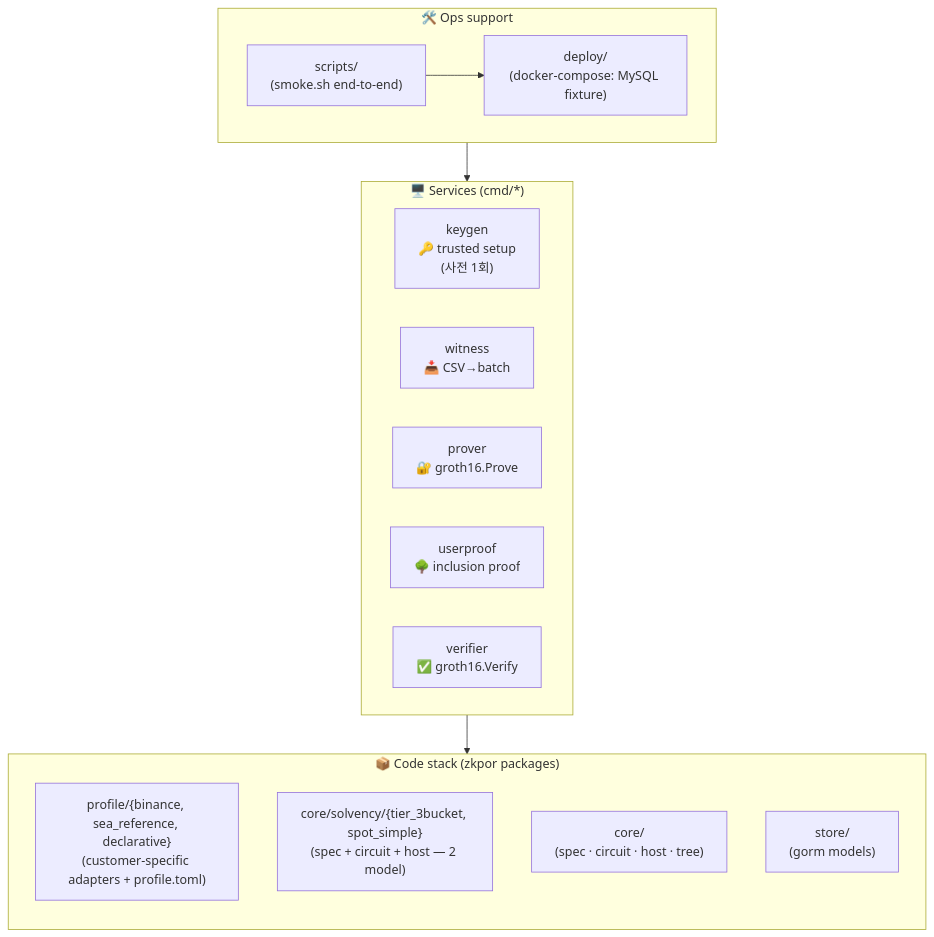
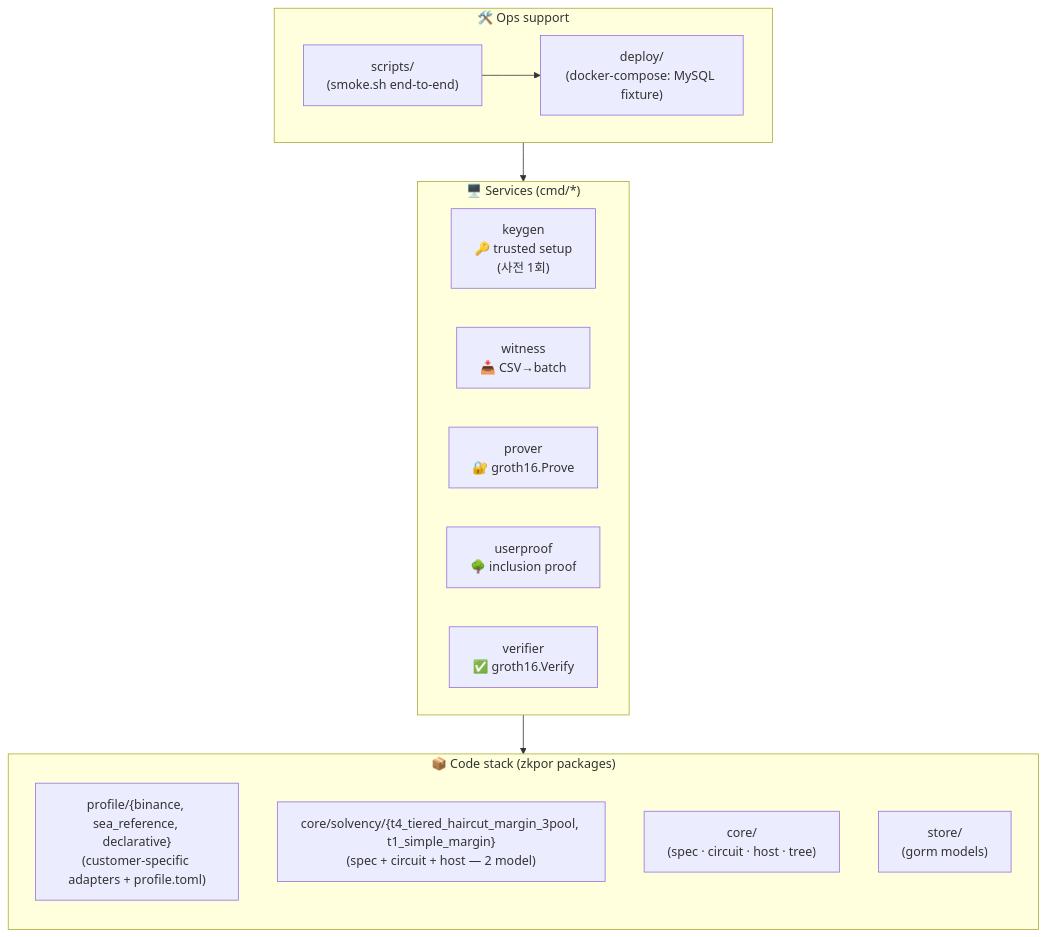
One commit to BetweenBits-org/zk-pos-ext changed the second of 6 diagrams in docs/03-system-architecture.md. Above: the diagram before and after it, drawn with Mermaid. The commit also changed other lines of this file and 108 other files, not shown here.

First line of the commit message:
feat(zkpor): R6 prep — 04-solvency-models docs + Tn naming v1 (5→4 model, versioned change)

````diff
--- a/docs/03-system-architecture.md
+++ b/docs/03-system-architecture.md
@@ -37,29 +37,29 @@
 ```mermaid
 flowchart TB
   subgraph Services["🖥️ Services (cmd/*)"]
     direction LR
     K["keygen<br/>🔑 trusted setup<br/>(사전 1회)"]
     W["witness<br/>📥 CSV→batch"]
     P["prover<br/>🔐 groth16.Prove"]
     U["userproof<br/>🌳 inclusion proof"]
     V["verifier<br/>✅ groth16.Verify"]
   end
 
   subgraph Code["📦 Code stack (zkpor packages)"]
     direction TB
     Profile["profile/{binance, sea_reference, declarative}<br/>(customer-specific adapters + profile.toml)"]
-    Model["core/solvency/{tier_3bucket, spot_simple}<br/>(spec + circuit + host — 2 model)"]
+    Model["core/solvency/{t4_tiered_haircut_margin_3pool, t1_simple_margin}<br/>(spec + circuit + host — 2 model)"]
     Universal["core/<br/>(spec · circuit · host · tree)"]
     Store["store/<br/>(gorm models)"]
   end
 
   subgraph Ops["🛠️ Ops support"]
     direction LR
     Deploy["deploy/<br/>(docker-compose: MySQL fixture)"]
     Scripts["scripts/<br/>(smoke.sh end-to-end)"]
   end
 
   Services --> Code
   Scripts --> Services
   Scripts --> Deploy
 ```
````
